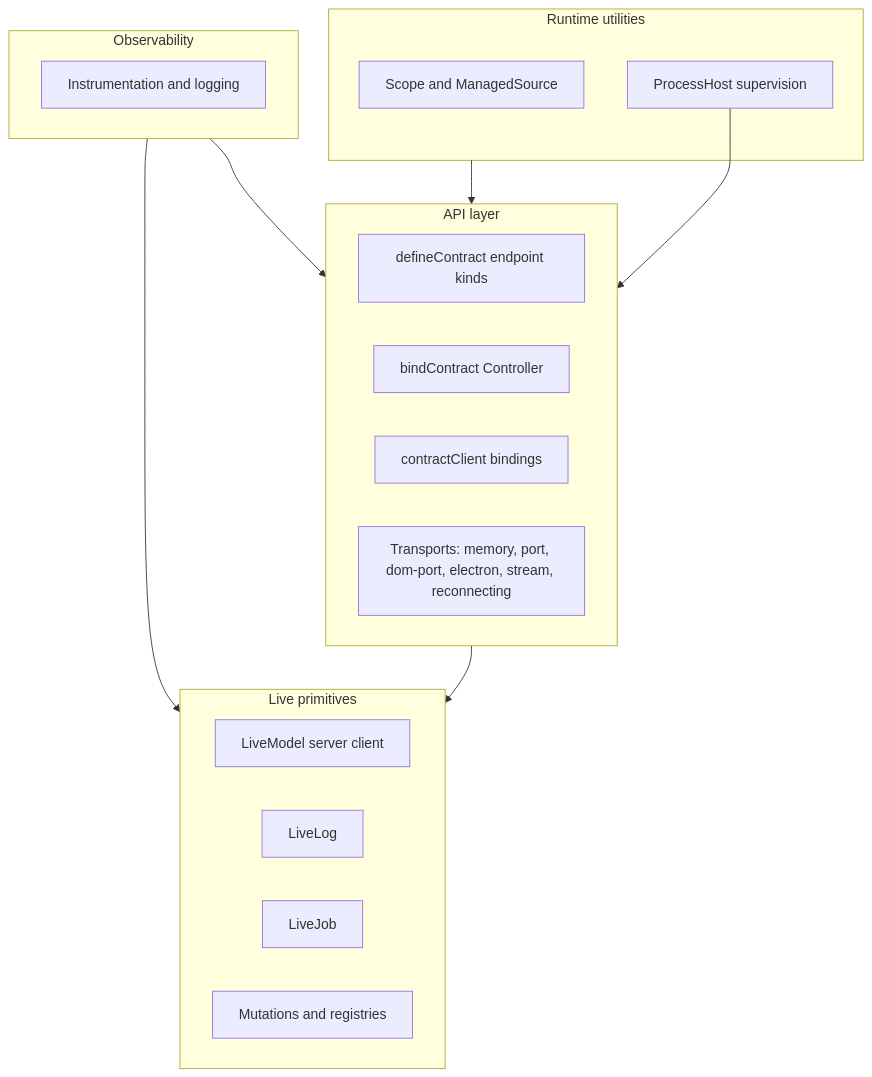
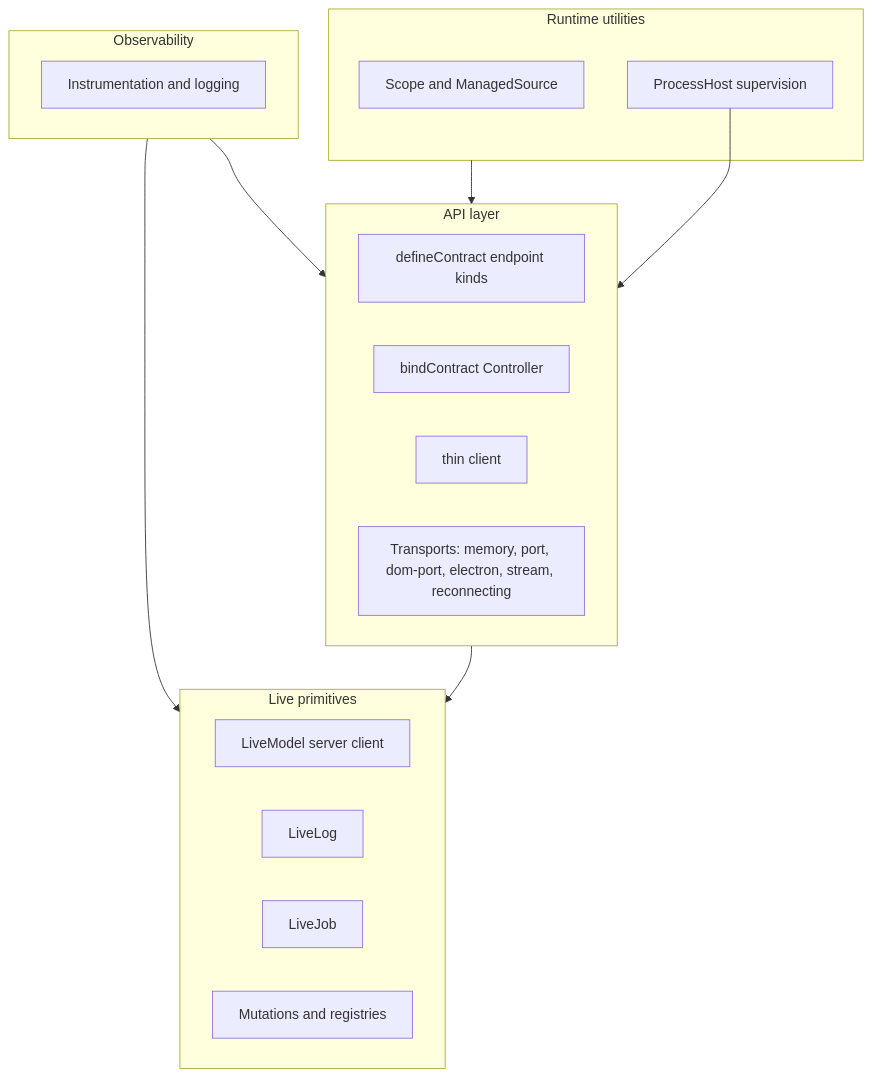
Before and after one commit to luisKisters/emdash: the diagram in packages/wire/docs/README.md, drawn with Mermaid. The commit also changed other lines of this file and 48 other files, not shown here.

````diff
--- a/packages/wire/docs/README.md
+++ b/packages/wire/docs/README.md
@@ -9,26 +9,26 @@
 ```mermaid
 flowchart TB
   subgraph runtime [Runtime utilities]
     scope[Scope and ManagedSource]
     processHost[ProcessHost supervision]
   end
   subgraph api [API layer]
     contracts[defineContract endpoint kinds]
     bind[bindContract Controller]
-    client[contractClient bindings]
+    client[thin client]
     transports[Transports: memory, port, dom-port, electron, stream, reconnecting]
   end
   subgraph live [Live primitives]
     model[LiveModel server client]
     log[LiveLog]
     job[LiveJob]
     mutations[Mutations and registries]
   end
   subgraph observability [Observability]
     instrumentation[Instrumentation and logging]
   end
   runtime --> api --> live
   observability --> api
   observability --> live
   processHost --> api
 ```
````
